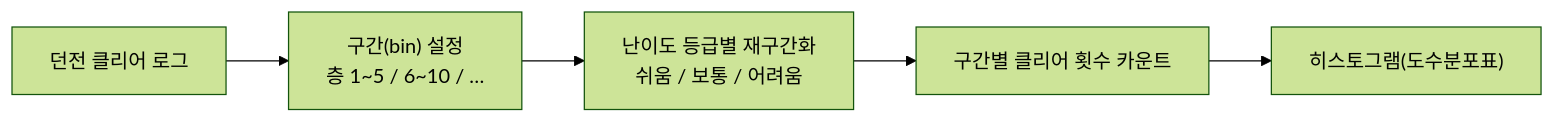
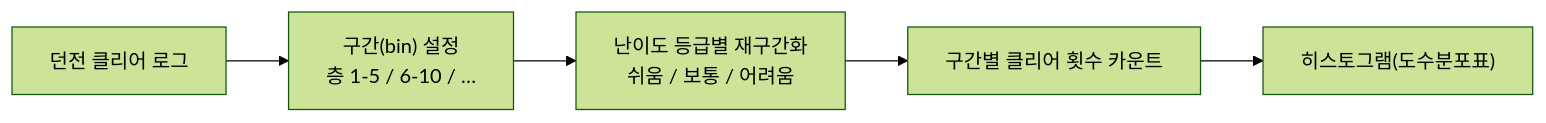
One commit to DBhyeong/DBhyeong.github.io changed the second of 3 diagrams in content/blog/frequency-distribution-game-balance-diagnosis.md. Above: the diagram before and after it, drawn with Mermaid (forest theme). The commit also changed other lines of this file and 6 other files, not shown here.

First line of the commit message:
fix(mermaid): 라벨 내 물결 2개가 취소선으로 파싱되는 버그 수정

````diff
--- a/content/blog/frequency-distribution-game-balance-diagnosis.md
+++ b/content/blog/frequency-distribution-game-balance-diagnosis.md
@@ -38,7 +38,7 @@
 ```mermaid
 flowchart LR
-  R["던전 클리어 로그"] --> B1["구간(bin) 설정<br/>층 1~5 / 6~10 / …"]
+  R["던전 클리어 로그"] --> B1["구간(bin) 설정<br/>층 1-5 / 6-10 / …"]
   B1 --> B2["난이도 등급별 재구간화<br/>쉬움 / 보통 / 어려움"]
   B2 --> C1["구간별 클리어 횟수 카운트"]
   C1 --> H1["히스토그램(도수분포표)"]
 ```
````
